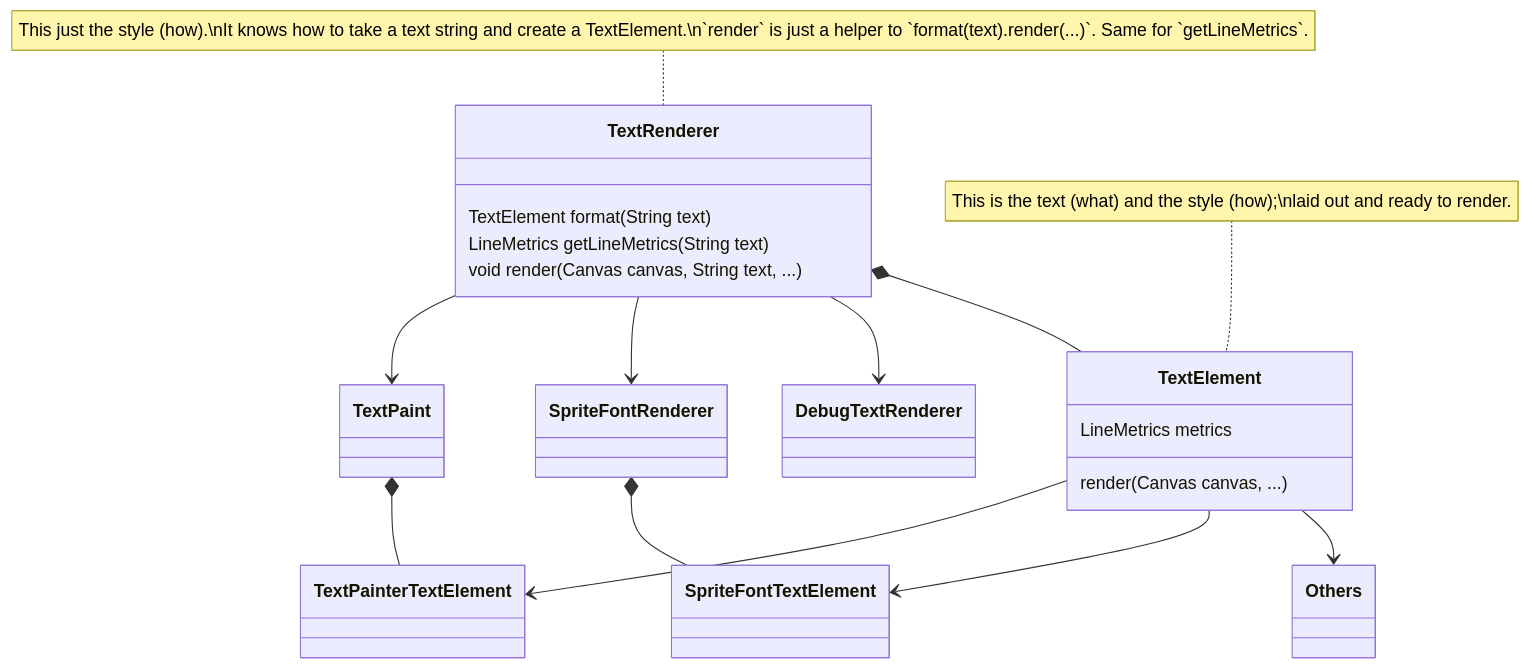
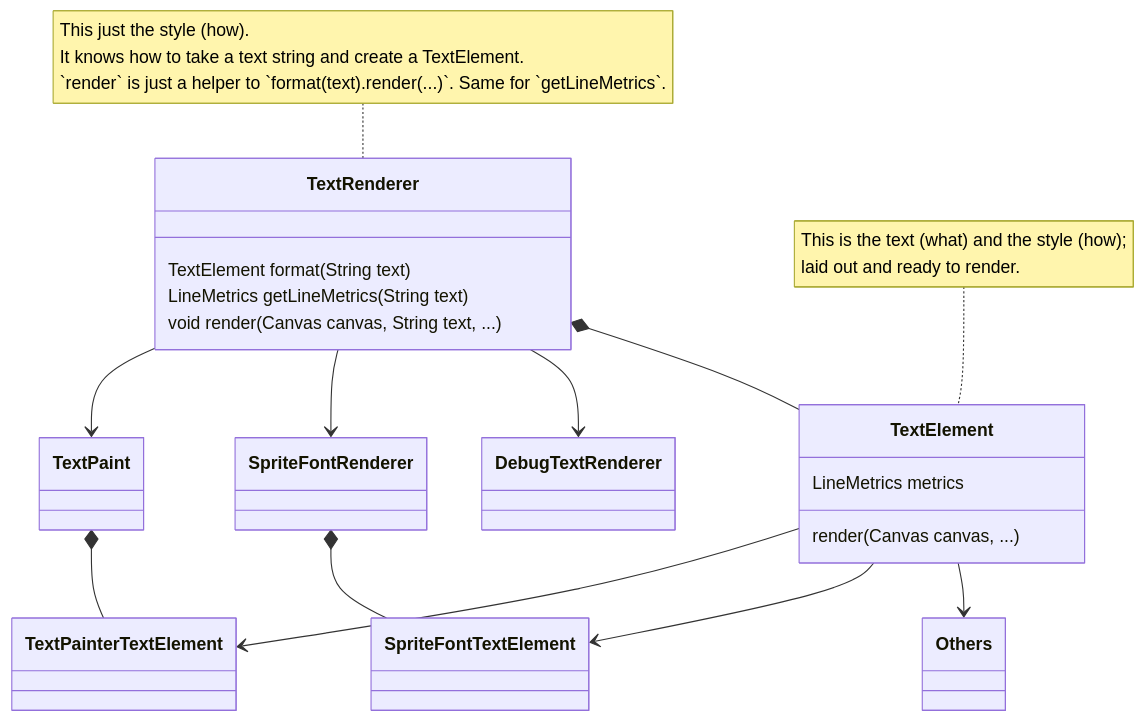
One commit to flame-engine/flame changed the diagram in doc/flame/rendering/text_rendering.md. Above: the diagram before and after it, drawn with Mermaid. The commit also changed other lines of this file and 1 other file, not shown here.

````diff
--- a/doc/flame/rendering/text_rendering.md
+++ b/doc/flame/rendering/text_rendering.md
@@ -107,33 +129,36 @@
 ```mermaid
 classDiagram
     %% renderers
-    note for TextRenderer "This just the style (how).\nIt knows how to take a text string and create a TextElement.\n`render` is just a helper to `format(text).render(...)`. Same for `getLineMetrics`."
+    note for TextRenderer "This just the style (how).
+    It knows how to take a text string and create a TextElement.
+    `render` is just a helper to `format(text).render(...)`. Same for `getLineMetrics`."
     class TextRenderer {
         TextElement format(String text)
         LineMetrics getLineMetrics(String text)
         void render(Canvas canvas, String text, ...)
     }
     class TextPaint
     class SpriteFontRenderer
     class DebugTextRenderer
     
     %% elements
     class TextElement {
         LineMetrics metrics
         render(Canvas canvas, ...)
     }
     class TextPainterTextElement
         
     TextRenderer --> TextPaint
     TextRenderer --> SpriteFontRenderer
     TextRenderer --> DebugTextRenderer
 
     TextRenderer *-- TextElement
     TextPaint *-- TextPainterTextElement
     SpriteFontRenderer *-- SpriteFontTextElement
 
-    note for TextElement "This is the text (what) and the style (how);\nlaid out and ready to render."
+    note for TextElement "This is the text (what) and the style (how);
+    laid out and ready to render."
     TextElement --> TextPainterTextElement
     TextElement --> SpriteFontTextElement
     TextElement --> Others
 ```
````
